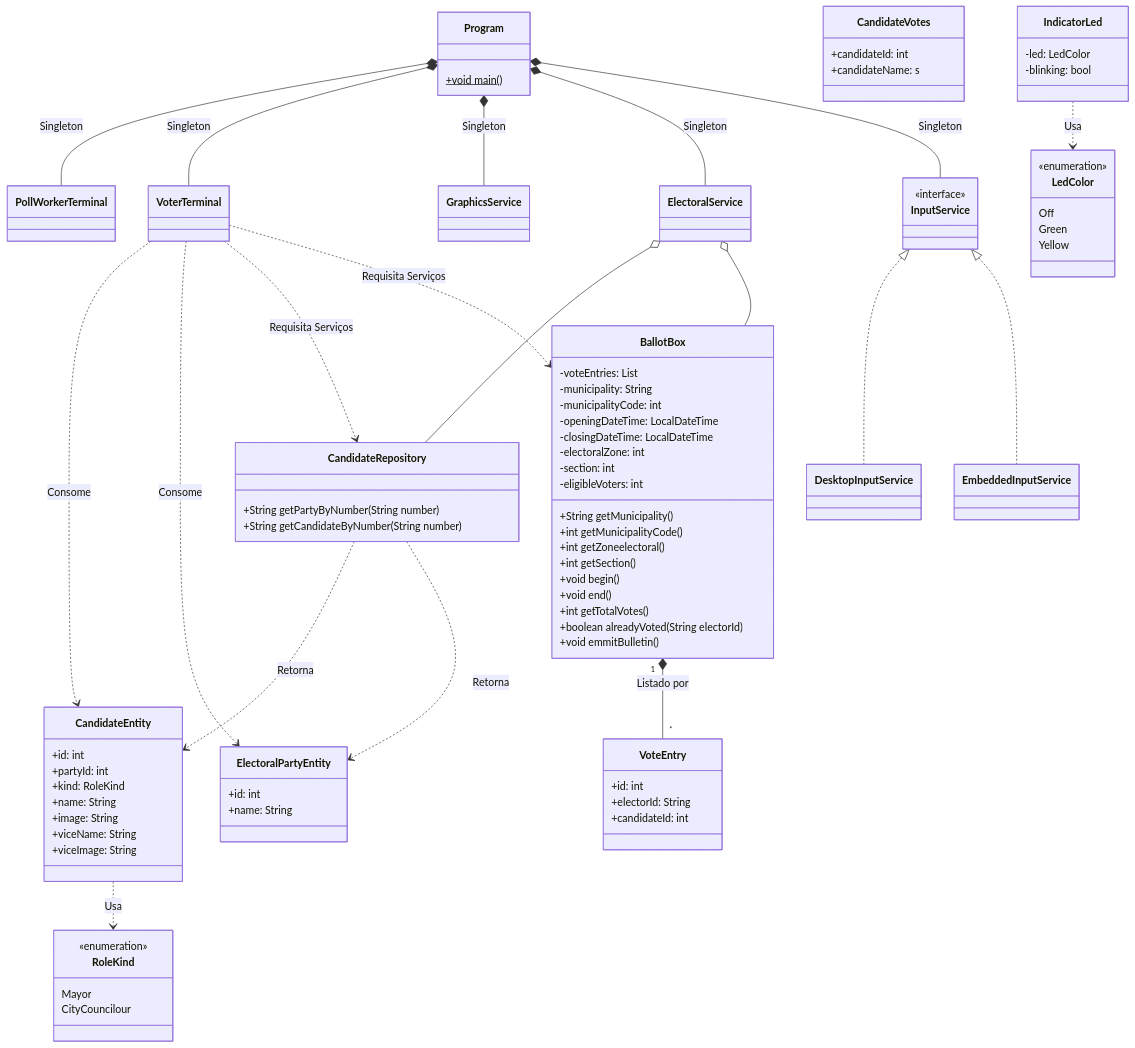
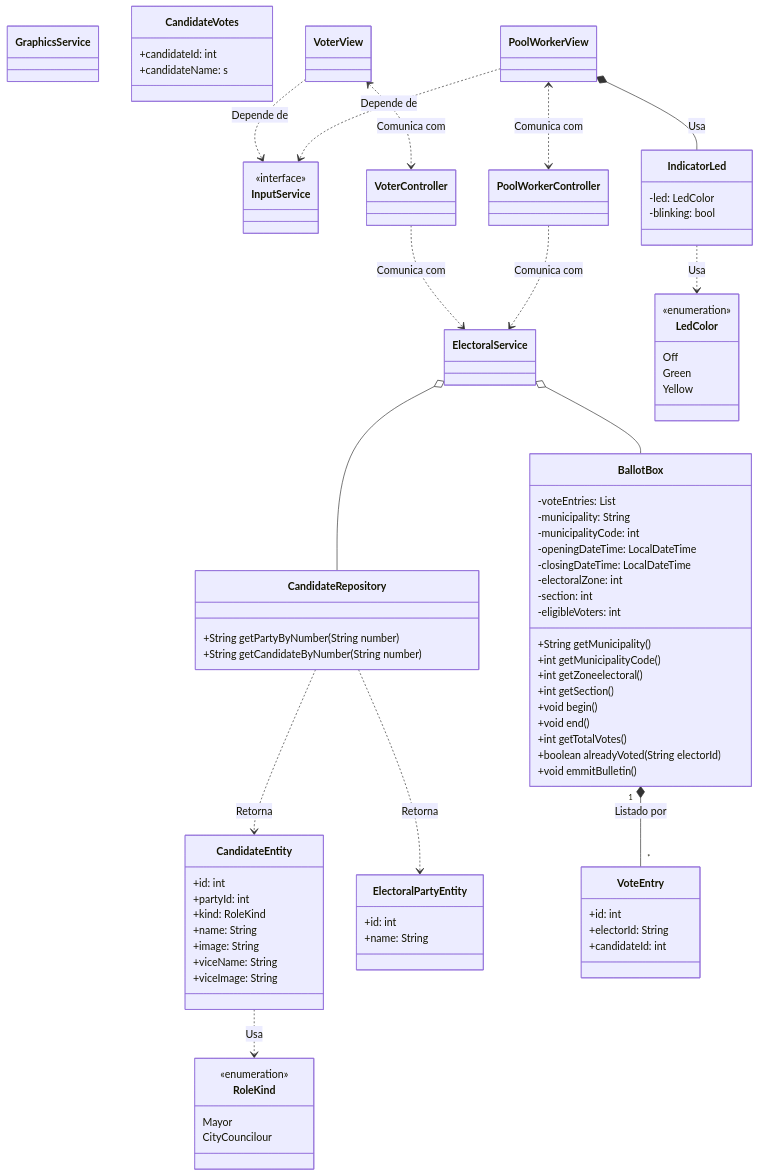
One commit to Augusto-Caique/urna-eletronica changed the diagram in class-diagram.mermaid. Above: the diagram before and after it, drawn with Mermaid.

Commit message:
Refactor class diagram and update class names

```diff
--- a/class-diagram.mermaid
+++ b/class-diagram.mermaid
@@ -1,137 +1,154 @@
 classDiagram
 
-class Program {
-    +void main()$
-}
+%% class Program {
+%%    +void main()$
+%% }
 
 class GraphicsService {
     
 }
 
 class ElectoralService {
 
 }
 
 class InputService <<interface>> {
 
 }
 
-class DesktopInputService {
+%% class DesktopInputService {
     %%Raspberry Pi
-}
+%% }
 
-class EmbeddedInputService {
+%% class EmbeddedInputService {
 
-}
+%% }
 
 class CandidateRepository {
     +String getPartyByNumber(String number)
     +String getCandidateByNumber(String number)
 }
 
 class CandidateEntity {
     %% TODO ver com nirton o encapsulamento das
     %% entidades do DB no java
     +id: int
     +partyId: int
     +kind: RoleKind
     +name: String
     +image: String
     +viceName: String
     +viceImage: String
 }
 
 class ElectoralPartyEntity {
     %% TODO ver com nirton o encapsulamento das
     %% entidades do DB no java
     +id: int
     +name: String
 }
 
 class VoteEntry {
     %% TODO ver com nirton o encapsulamento das
     %% entidades do DB no java
     +id: int
     +electorId: String
     +candidateId: int
 }
 
 class CandidateVotes {
     +candidateId: int
     +candidateName: s
 }
 
 class BallotBox {
     %% municipality -> 5 digits
     %% UE -> 8 digits
 
     -voteEntries: List<VoteEntry>
     -municipality: String
     -municipalityCode: int 
     -openingDateTime: LocalDateTime
     -closingDateTime: LocalDateTime
     -electoralZone: int
     -section: int
     -eligibleVoters: int
     
     +String getMunicipality()
     +int getMunicipalityCode()
     +int getZoneelectoral()
     +int getSection()
 
     +void begin()
     +void end()
 
     +int getTotalVotes()
     +boolean alreadyVoted(String electorId)
 
     +void emmitBulletin()
 }
 
-class PollWorkerTerminal {
+class PoolWorkerView {
     
 }
 
-class VoterTerminal {
+class PoolWorkerController {
+
+}
+
+class VoterView {
     
+}
+
+class VoterController {
+
 }
 
 class IndicatorLed {
     -led: LedColor
     -blinking: bool
 }
 
 class RoleKind <<enumeration>> {
     Mayor
     CityCouncilour
 }
 
 class LedColor <<enumeration>> {
     Off
     Green
     Yellow
 }
 
 
-Program *-- PollWorkerTerminal : Singleton
-Program *-- VoterTerminal : Singleton
-Program *-- GraphicsService : Singleton
-Program *-- ElectoralService : Singleton
-Program *-- InputService : Singleton
+%% Program *-- PoolWorkerView : Singleton
+%% Program *-- PoolWorkerController : Singleton
+%% Program *-- VoterView : Singleton
+%% Program *-- VoterController : Singleton
+%% Program *-- GraphicsService : Singleton
+%% Program *-- ElectoralService : Singleton
+%% Program *-- InputService : Singleton
+
+PoolWorkerView ..> InputService : Depende de
+VoterView ..> InputService : Depende de
+
+PoolWorkerView <..> PoolWorkerController : Comunica com
+VoterView <..> VoterController : Comunica com
 
 ElectoralService o-- CandidateRepository
 ElectoralService o-- BallotBox
 
-InputService <|.. DesktopInputService
-InputService <|.. EmbeddedInputService
+%% InputService <|.. DesktopInputService
+%% InputService <|.. EmbeddedInputService
 
 BallotBox "1" *-- "*" VoteEntry : Listado por
 CandidateRepository ..> CandidateEntity : Retorna
 CandidateRepository ..> ElectoralPartyEntity : Retorna
-VoterTerminal ..> CandidateEntity : Consome
-VoterTerminal ..> ElectoralPartyEntity : Consome
-VoterTerminal ..> CandidateRepository : Requisita Serviços
-VoterTerminal ..> BallotBox : Requisita Serviços
+
+PoolWorkerController ..> ElectoralService : Comunica com
+VoterController ..> ElectoralService : Comunica com
 
 CandidateEntity ..> RoleKind : Usa
 IndicatorLed ..> LedColor : Usa
+
+PoolWorkerView *-- IndicatorLed : Usa
```
